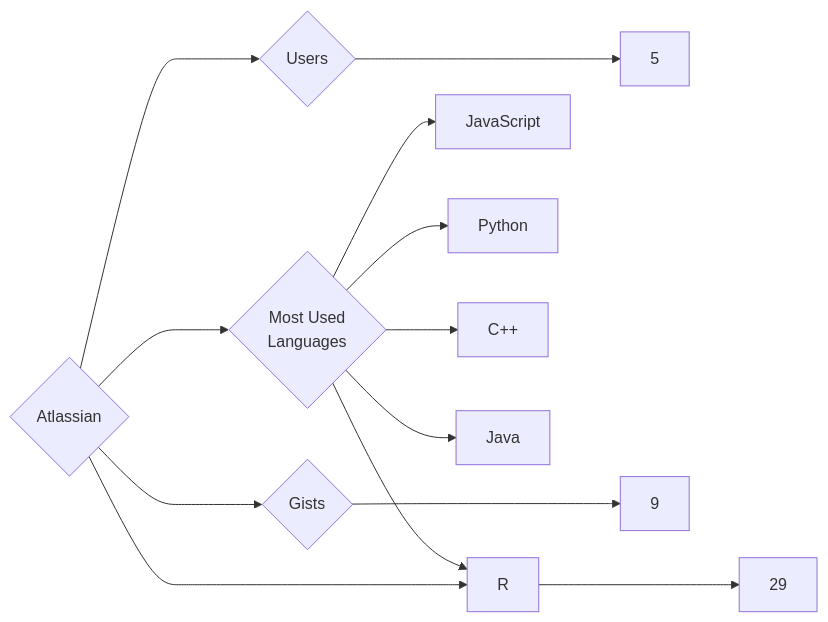
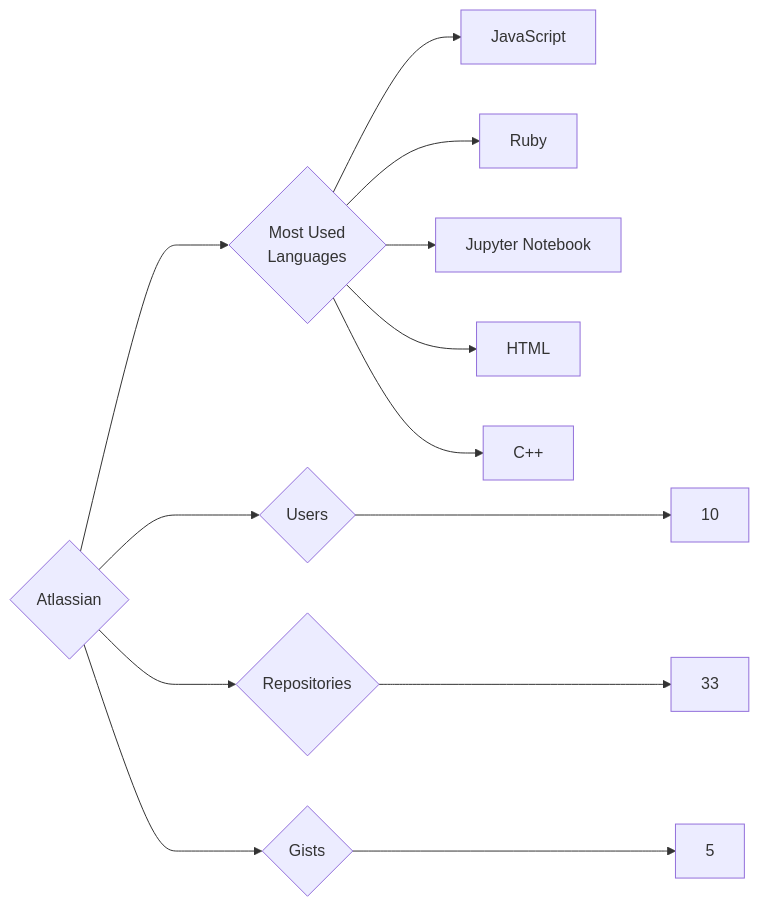
Before and after one commit to trickest/insiders: the diagram in targets/Atlassian/README.md, drawn with Mermaid. The commit also changed 1170 other files, not shown here.

````diff
--- a/targets/Atlassian/README.md
+++ b/targets/Atlassian/README.md
@@ -3,13 +3,13 @@
 ```mermaid
 graph LR
 COMPANY_NAME{Atlassian}
-COMPANY_NAME ---> U{Users} ---> UN[5]
-COMPANY_NAME ---> R{Repositories} ---> RN[29]
-COMPANY_NAME ---> G{Gists} ---> GN[9]
+COMPANY_NAME ---> U{Users} ---> UN[10]
+COMPANY_NAME ---> R{Repositories} ---> RN[33]
+COMPANY_NAME ---> G{Gists} ---> GN[5]
 COMPANY_NAME ---> ML{Most Used<br>Languages}
 ML --> JavaScript[JavaScript]
-ML --> Python[Python]
+ML --> Ruby[Ruby]
+ML --> Jupyter_Notebook[Jupyter Notebook]
+ML --> HTML[HTML]
 ML --> C++[C++]
-ML --> R[R]
-ML --> Java[Java]
 ```
````
